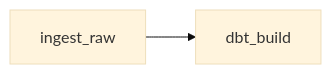
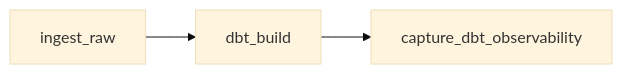
The second of 3 diagrams in README.md (comerlatto/modern-data-platform), drawn with Mermaid (base theme) before and after one commit. The commit also changed other lines of this file and 15 other files, not shown here.

Commit message:
feat(observability): persist dbt test results

````diff
--- a/README.md
+++ b/README.md
@@ -79,4 +81,5 @@
 ```mermaid
 flowchart LR
     A[ingest_raw] --> B[dbt_build]
+    B --> C[capture_dbt_observability]
 ```
````
